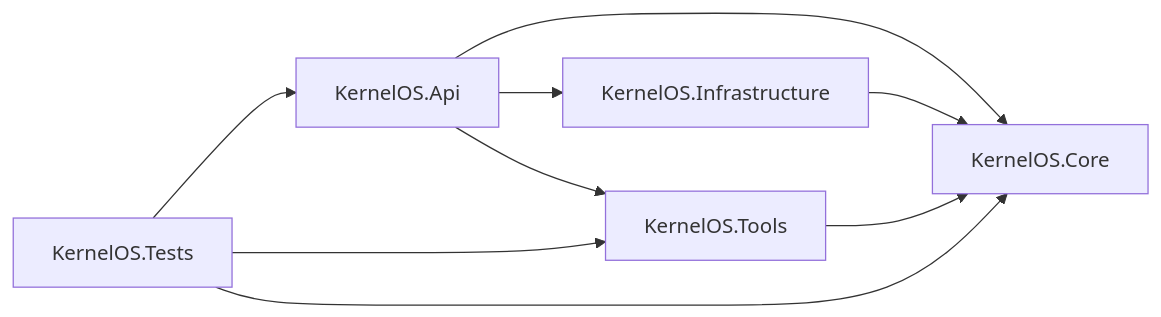
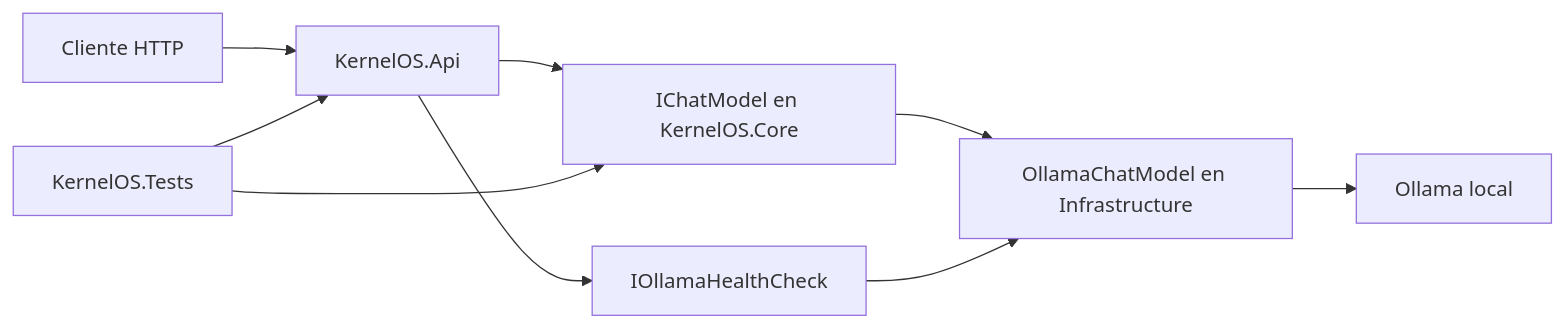
The diagram in docs/architecture/overview.md (Mcflurryman/KernelOS), drawn with Mermaid before and after one commit. The commit also changed other lines of this file and 25 other files, not shown here.

Commit message:
Milestone 0.2 - Kai local chat foundation

````diff
--- a/docs/architecture/overview.md
+++ b/docs/architecture/overview.md
@@ -7,11 +7,11 @@
 ```mermaid
 flowchart LR
-  API[KernelOS.Api] --> CORE[KernelOS.Core]
-  API --> INFRA[KernelOS.Infrastructure]
-  API --> TOOLS[KernelOS.Tools]
-  INFRA --> CORE
-  TOOLS --> CORE
+  CLIENTE[Cliente HTTP] --> API[KernelOS.Api]
+  API --> CONTRACT[IChatModel en KernelOS.Core]
+  API --> HEALTH[IOllamaHealthCheck]
+  CONTRACT --> OLLAMA[OllamaChatModel en Infrastructure]
+  HEALTH --> OLLAMA
+  OLLAMA --> LOCAL[Ollama local]
   TESTS[KernelOS.Tests] --> API
-  TESTS --> CORE
-  TESTS --> TOOLS
+  TESTS --> CONTRACT
 ```
````
